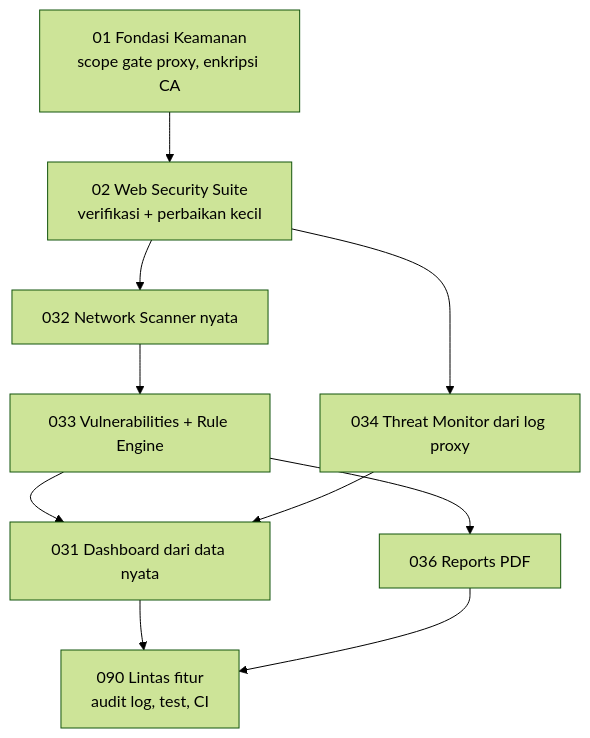
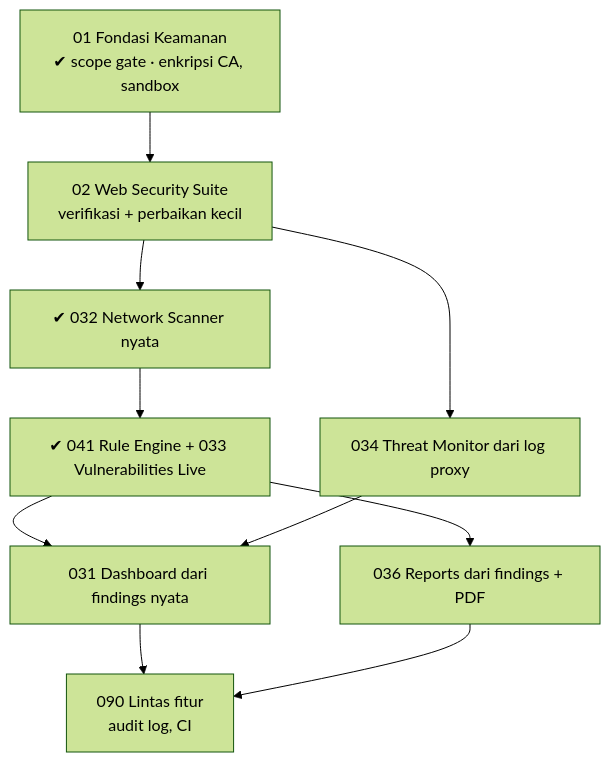
Before and after one commit to AlatBekam/Interu: the diagram in docs/000_index.md, drawn with Mermaid (forest theme). The commit also changed other lines of this file and 19 other files, not shown here.

````diff
--- a/docs/000_index.md
+++ b/docs/000_index.md
@@ -67,12 +76,12 @@
 ```mermaid
 flowchart TD
-    A["01 Fondasi Keamanan<br/>scope gate proxy, enkripsi CA"] --> B["02 Web Security Suite<br/>verifikasi + perbaikan kecil"]
-    B --> C["032 Network Scanner nyata"]
-    C --> D["033 Vulnerabilities + Rule Engine"]
+    A["01 Fondasi Keamanan<br/>✔ scope gate · enkripsi CA, sandbox"] --> B["02 Web Security Suite<br/>verifikasi + perbaikan kecil"]
+    B --> C["✔ 032 Network Scanner nyata"]
+    C --> D["✔ 041 Rule Engine + 033 Vulnerabilities Live"]
     B --> E["034 Threat Monitor dari log proxy"]
-    D --> F["031 Dashboard dari data nyata"]
+    D --> F["031 Dashboard dari findings nyata"]
     E --> F
-    D --> G["036 Reports PDF"]
-    F --> H["090 Lintas fitur<br/>audit log, test, CI"]
+    D --> G["036 Reports dari findings + PDF"]
+    F --> H["090 Lintas fitur<br/>audit log, CI"]
     G --> H
 ```
````
